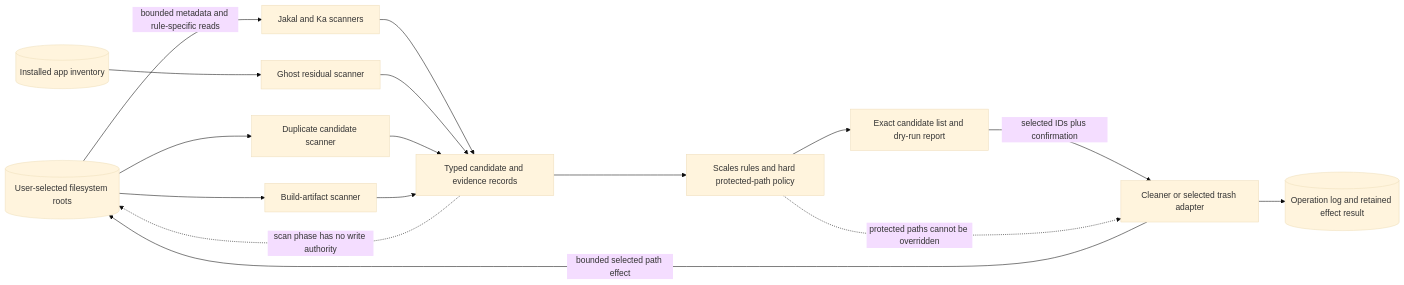
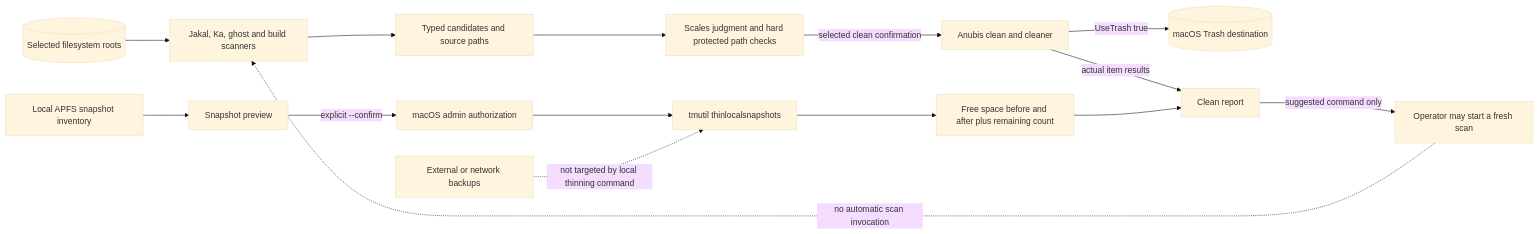
One commit to SirsiMaster/sirsi-pantheon changed diagram 13 of 45 in docs/stacklab/pantheon-pt/canon/DIAGRAMS_PRODUCT_OPERATIONS.md. Above: the diagram before and after it, drawn with Mermaid (base theme). The commit also changed other lines of this file and 2 other files, not shown here.

Commit message:
docs(stacklab): align workflow diagrams with actual effects and recovery

````diff
--- a/docs/stacklab/pantheon-pt/canon/DIAGRAMS_PRODUCT_OPERATIONS.md
+++ b/docs/stacklab/pantheon-pt/canon/DIAGRAMS_PRODUCT_OPERATIONS.md
@@ -348,18 +380,17 @@
 ```mermaid
 flowchart LR
-  FS[(User-selected filesystem roots)] -->|bounded metadata and rule-specific reads| SCAN[Jakal and Ka scanners]
-  APPS[(Installed app inventory)] --> GHOST[Ghost residual scanner]
-  FS --> DUP[Duplicate candidate scanner]
-  FS --> PURGE[Build-artifact scanner]
-  SCAN --> FINDINGS[Typed candidate and evidence records]
-  GHOST --> FINDINGS
-  DUP --> FINDINGS
-  PURGE --> FINDINGS
-  FINDINGS --> POLICY[Scales rules and hard protected-path policy]
-  POLICY --> PREVIEW[Exact candidate list and dry-run report]
-  PREVIEW -->|selected IDs plus confirmation| CLEAN[Cleaner or selected trash adapter]
-  CLEAN -->|bounded selected path effect| FS
-  CLEAN --> OPL[(Operation log and retained effect result)]
-  FINDINGS -. scan phase has no write authority .-> FS
-  POLICY -. protected paths cannot be overridden .-> CLEAN
+  ROOTS[(Selected filesystem roots)] --> SCANNERS[Jakal, Ka, ghost and build scanners]
+  SCANNERS --> FINDINGS[Typed candidates and source paths]
+  FINDINGS --> POLICY[Scales judgment and hard protected path checks]
+  POLICY -->|selected clean confirmation| CLEAN[Anubis clean and cleaner]
+  CLEAN -->|UseTrash true| TRASH[(macOS Trash destination)]
+  CLEAN -->|actual item results| REPORT[Clean report]
+  REPORT -->|suggested command only| OP[Operator may start a fresh scan]
+  OP -. no automatic scan invocation .-> SCANNERS
+  SNAP[Local APFS snapshot inventory] --> PREVIEW[Snapshot preview]
+  PREVIEW -->|explicit --confirm| AUTH[macOS admin authorization]
+  AUTH --> TMUTIL[tmutil thinlocalsnapshots]
+  TMUTIL --> SNAPRESULT[Free space before and after plus remaining count]
+  SNAPRESULT --> REPORT
+  EXTERNAL[External or network backups] -. not targeted by local thinning command .-> TMUTIL
 ```
````
